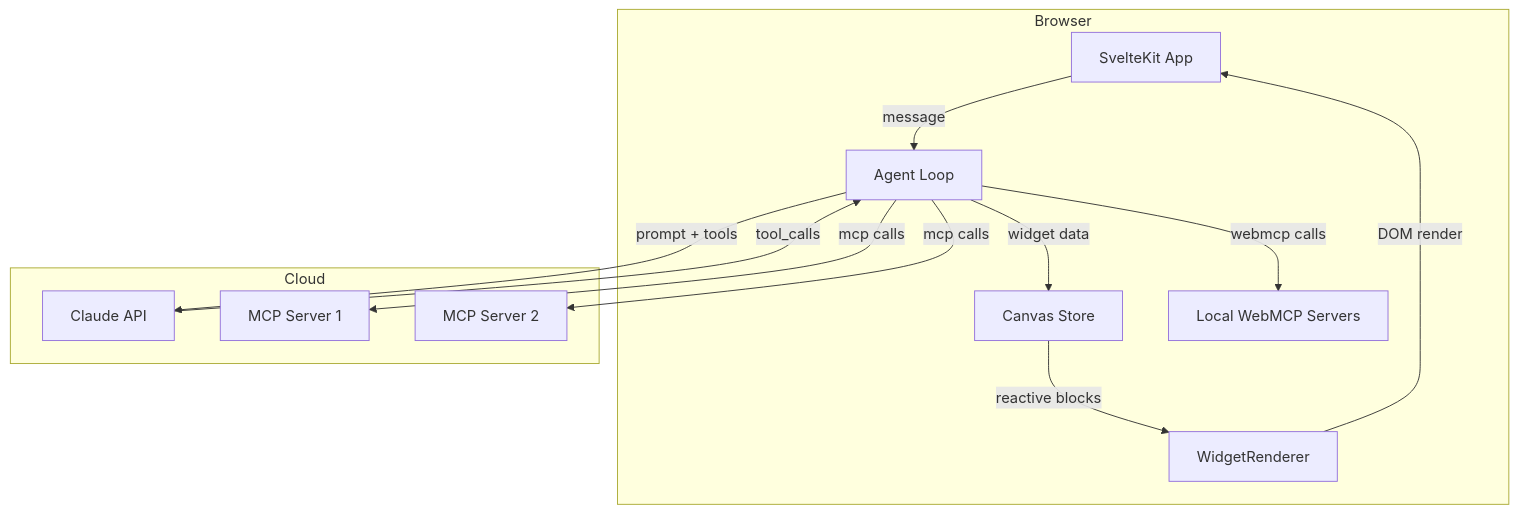
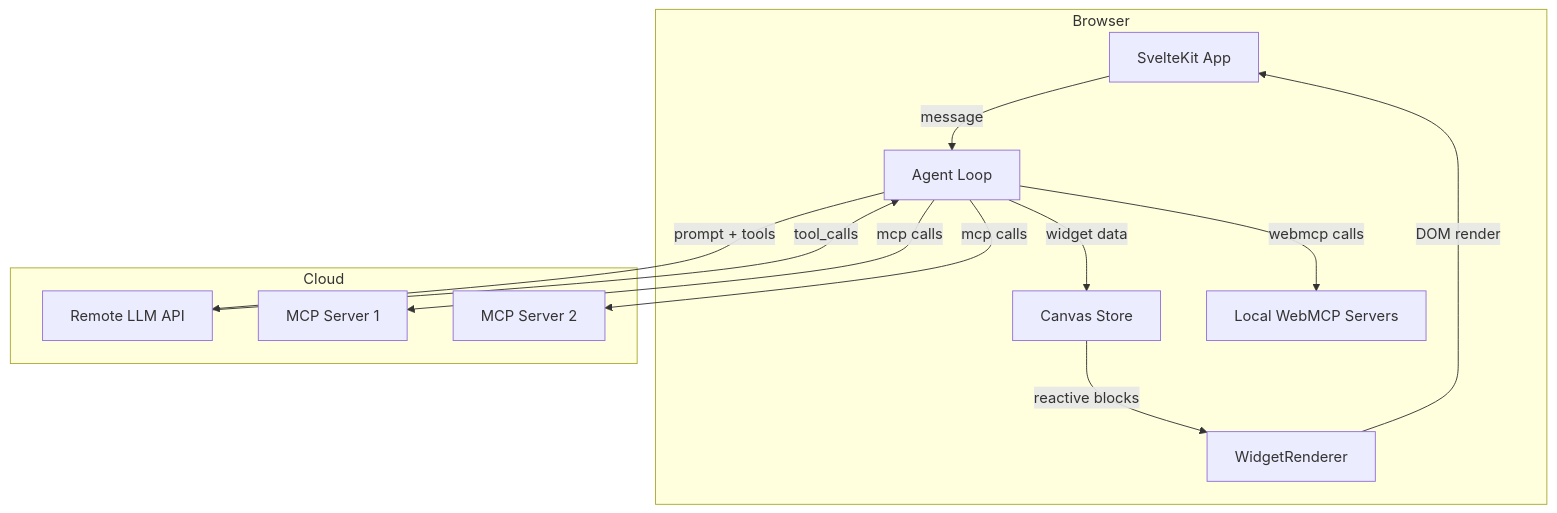
Diagram 11 of 11 in docs-site/src/content/docs/en/tutorials/architecture-mcp-webmcp.mdx (jeanbaptiste/webmcp-auto-ui), drawn with Mermaid before and after one commit. The commit also changed other lines of this file and 131 other files, not shown here.

````diff
--- a/docs-site/src/content/docs/en/tutorials/architecture-mcp-webmcp.mdx
+++ b/docs-site/src/content/docs/en/tutorials/architecture-mcp-webmcp.mdx
@@ -373,26 +373,26 @@
 ```mermaid
 graph TB
     subgraph Browser
         App[SvelteKit App]
         Agent[Agent Loop]
         Canvas[Canvas Store]
         Widgets[WidgetRenderer]
         WebMCPs[Local WebMCP Servers]
     end
 
     subgraph Cloud
-        Claude[Claude API]
+        LLMApi[Remote LLM API]
         MCP1[MCP Server 1]
         MCP2[MCP Server 2]
     end
 
     App -->|message| Agent
-    Agent -->|prompt + tools| Claude
-    Claude -->|tool_calls| Agent
+    Agent -->|prompt + tools| LLMApi
+    LLMApi -->|tool_calls| Agent
     Agent -->|mcp calls| MCP1
     Agent -->|mcp calls| MCP2
     Agent -->|webmcp calls| WebMCPs
     Agent -->|widget data| Canvas
     Canvas -->|reactive blocks| Widgets
     Widgets -->|DOM render| App
 ```
````
